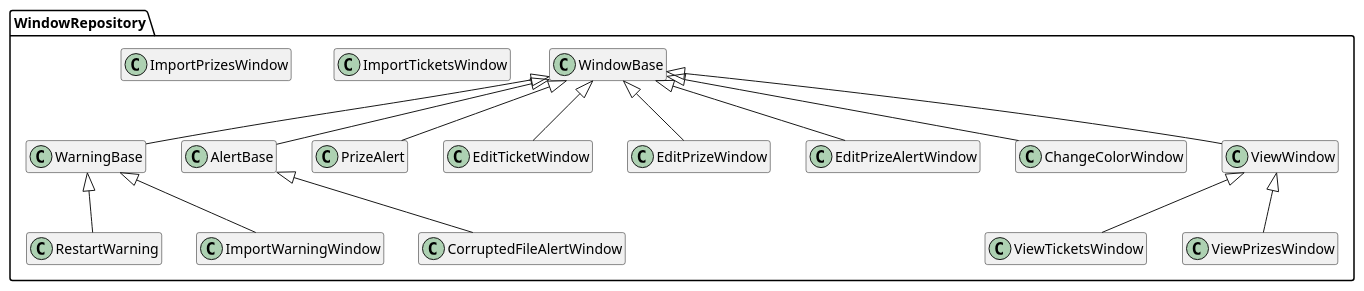
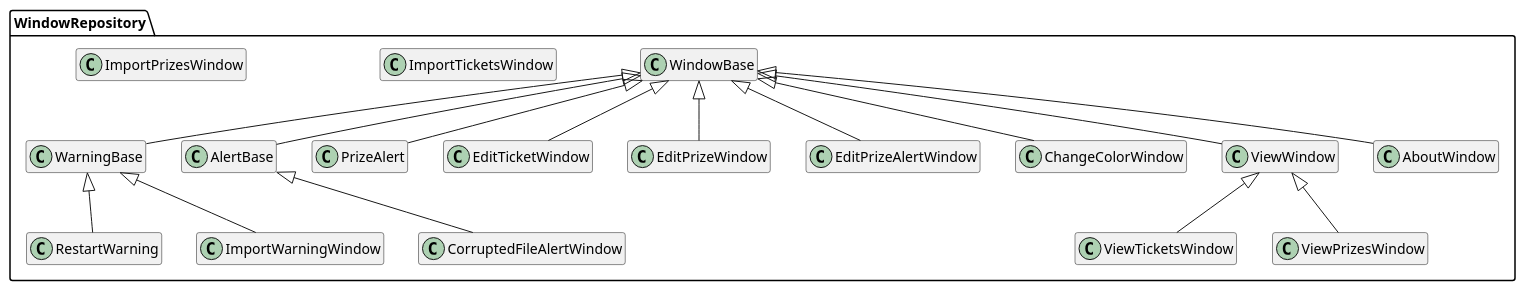
One commit to KaravolisL/AHEPA-Raffle changed the diagram in docs/Windows_HLD.md. Above: the diagram before and after it, drawn with PlantUML. The commit also changed 2 other files, not shown here.

Commit message:
Created AboutWindow class (#51)

````diff
--- a/docs/Windows_HLD.md
+++ b/docs/Windows_HLD.md
@@ -3,41 +3,43 @@
 ```plantuml
 
 hide empty members
 
 package WindowRepository {
 
 class WindowBase
 class WarningBase
 class AlertBase
 class PrizeAlert
 class RestartWarning
 class ImportTicketsWindow
 class ImportPrizesWindow
 class EditTicketWindow
 class EditPrizeWindow
 class EditPrizeAlertWindow
 class ChangeColorWindow
 class ViewWindow
 class ViewTicketsWindow
 class ViewPrizesWindow
+class AboutWindow
 
 class ImportWarningWindow
 class CorruptedFileAlertWindow
 
 WindowBase <|-- WarningBase
 WindowBase <|-- AlertBase
 WindowBase <|-- PrizeAlert
 WindowBase <|-- EditTicketWindow
 WindowBase <|-- EditPrizeWindow
 WindowBase <|-- EditPrizeAlertWindow
 WindowBase <|-- ChangeColorWindow
 WindowBase <|-- ViewWindow
+WindowBase <|-- AboutWindow
 ViewWindow <|-- ViewTicketsWindow
 ViewWindow <|-- ViewPrizesWindow
 WarningBase <|-- RestartWarning
 WarningBase <|-- ImportWarningWindow
 AlertBase <|-- CorruptedFileAlertWindow
 
 }
 
 ```
````
